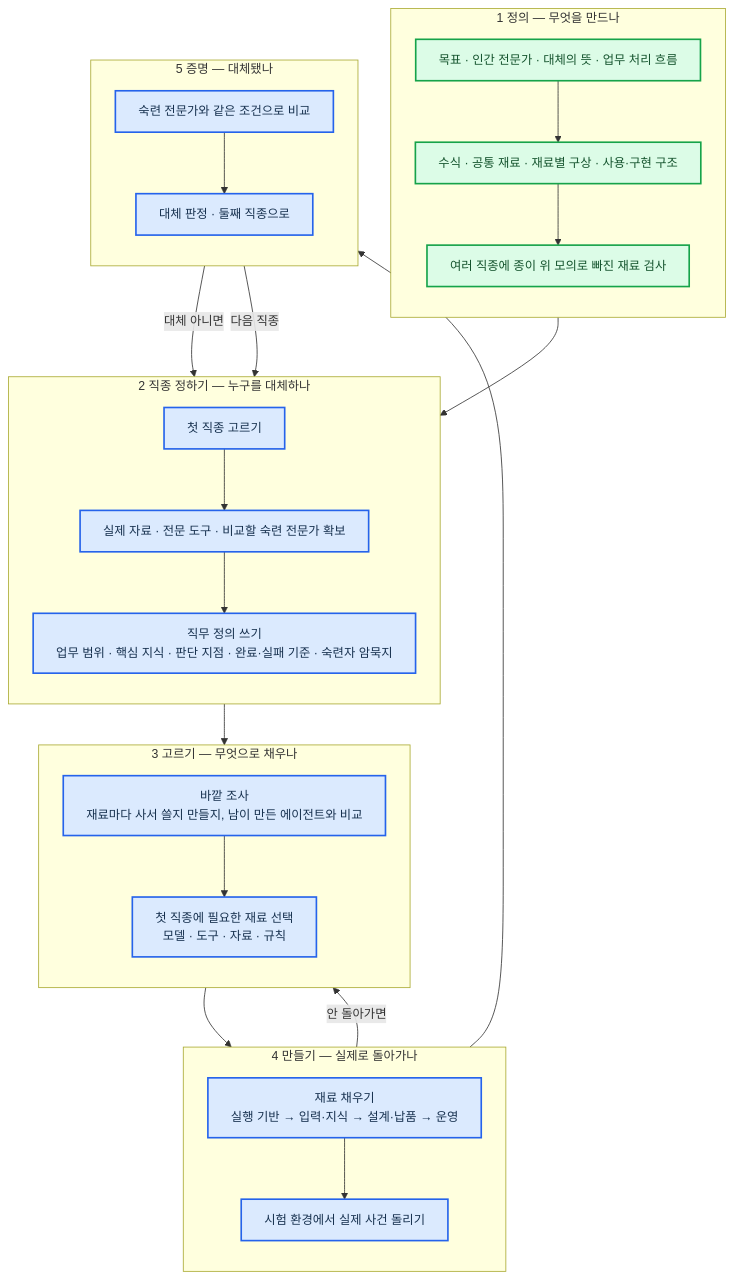
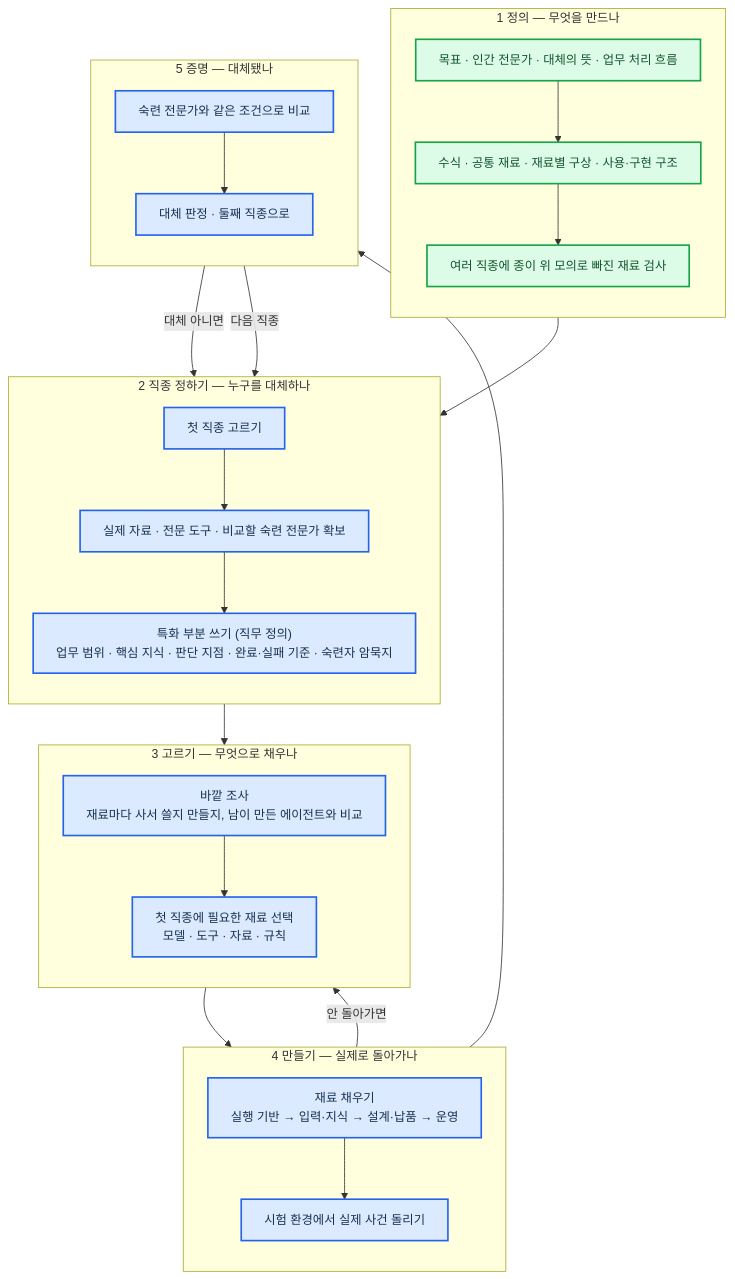
Before and after one commit to harisbaguette/expert: the second of 2 diagrams in 진행-계획.md, drawn with Mermaid. The commit also changed other lines of this file, not shown here.

````diff
--- a/진행-계획.md
+++ b/진행-계획.md
@@ -73,45 +75,45 @@
 ```mermaid
 %%{init: {"flowchart": {"wrappingWidth": 640, "curve": "basis", "nodeSpacing": 40, "rankSpacing": 50, "padding": 14, "useMaxWidth": true}, "themeVariables": {"fontSize": "15px"}} }%%
 flowchart TB
     subgraph S1["1 정의 — 무엇을 만드나"]
         direction TB
         A1["목표 · 인간 전문가 · 대체의 뜻 · 업무 처리 흐름"]:::done
         A2["수식 · 공통 재료 · 재료별 구상 · 사용·구현 구조"]:::done
         A3["여러 직종에 종이 위 모의로 빠진 재료 검사"]:::done
         A1 --> A2 --> A3
     end
     subgraph S2["2 직종 정하기 — 누구를 대체하나"]
         direction TB
         B1["첫 직종 고르기"]:::todo
         B2["실제 자료 · 전문 도구 · 비교할 숙련 전문가 확보"]:::todo
-        B3["직무 정의 쓰기<br/>업무 범위 · 핵심 지식 · 판단 지점 · 완료·실패 기준 · 숙련자 암묵지"]:::todo
+        B3["특화 부분 쓰기 (직무 정의)<br/>업무 범위 · 핵심 지식 · 판단 지점 · 완료·실패 기준 · 숙련자 암묵지"]:::todo
         B1 --> B2 --> B3
     end
     subgraph S3["3 고르기 — 무엇으로 채우나"]
         direction TB
         C1["바깥 조사<br/>재료마다 사서 쓸지 만들지, 남이 만든 에이전트와 비교"]:::todo
         C2["첫 직종에 필요한 재료 선택<br/>모델 · 도구 · 자료 · 규칙"]:::todo
         C1 --> C2
     end
     subgraph S4["4 만들기 — 실제로 돌아가나"]
         direction TB
         D1["재료 채우기<br/>실행 기반 → 입력·지식 → 설계·납품 → 운영"]:::todo
         D2["시험 환경에서 실제 사건 돌리기"]:::todo
         D1 --> D2
     end
     subgraph S5["5 증명 — 대체됐나"]
         direction TB
         E1["숙련 전문가와 같은 조건으로 비교"]:::todo
         E2["대체 판정 · 둘째 직종으로"]:::todo
         E1 --> E2
     end
     A3 --> B1
     B3 --> C1
     C2 --> D1
     D2 --> E1
     D2 -- "안 돌아가면" --> C2
     E2 -- "대체 아니면" --> B3
     E2 -- "다음 직종" --> B1
     classDef done fill:#dcfce7,stroke:#16a34a,stroke-width:2px,color:#14532d
     classDef todo fill:#dbeafe,stroke:#2563eb,stroke-width:2px,color:#17314f
 ```
````
